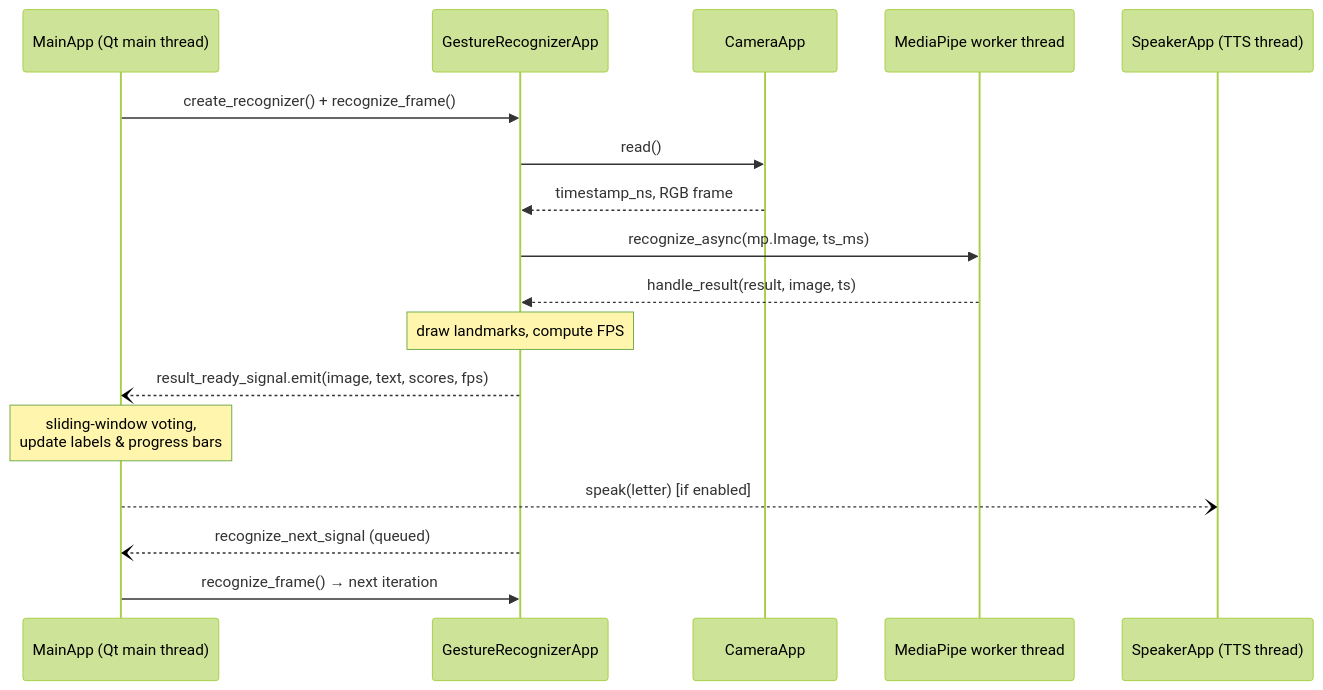
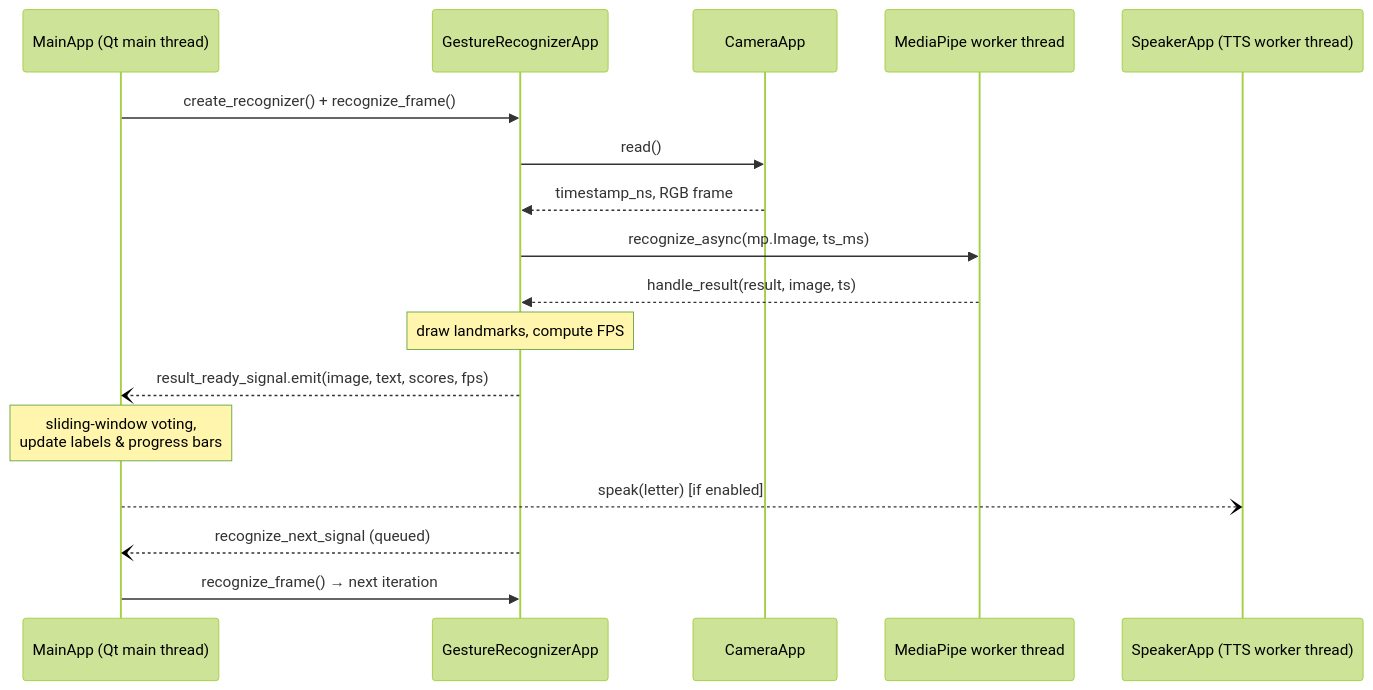
One commit to DXtR1337/AI_sign_language_translator changed the second of 2 diagrams in docs/TECHNICAL_DOCUMENTATION.md. Above: the diagram before and after it, drawn with Mermaid (forest theme). The commit also changed other lines of this file and 3 other files, not shown here.

````diff
--- a/docs/TECHNICAL_DOCUMENTATION.md
+++ b/docs/TECHNICAL_DOCUMENTATION.md
@@ -83,20 +83,20 @@
 ```mermaid
 sequenceDiagram
     participant M as MainApp (Qt main thread)
     participant R as GestureRecognizerApp
     participant C as CameraApp
     participant MP as MediaPipe worker thread
-    participant T as SpeakerApp (TTS thread)
+    participant T as SpeakerApp (TTS worker thread)
 
     M->>R: create_recognizer() + recognize_frame()
     R->>C: read()
     C-->>R: timestamp_ns, RGB frame
     R->>MP: recognize_async(mp.Image, ts_ms)
     MP-->>R: handle_result(result, image, ts)
     Note over R: draw landmarks, compute FPS
     R--)M: result_ready_signal.emit(image, text, scores, fps)
     Note over M: sliding-window voting,<br/>update labels & progress bars
     M--)T: speak(letter)  [if enabled]
     R--)M: recognize_next_signal (queued)
     M->>R: recognize_frame()  → next iteration
 ```
````
